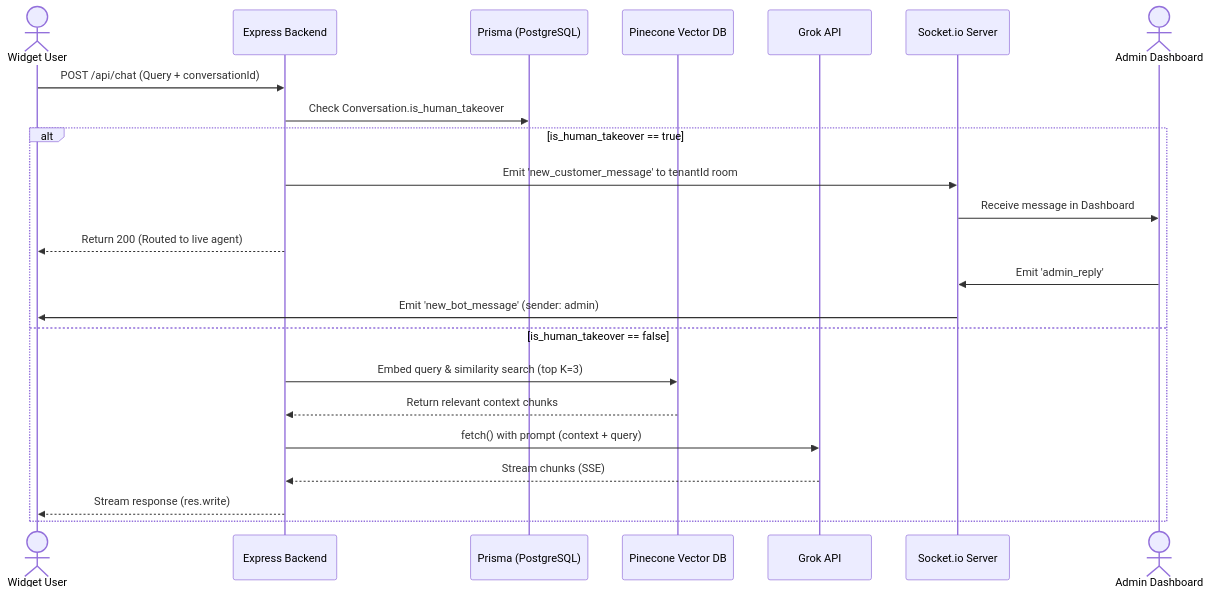
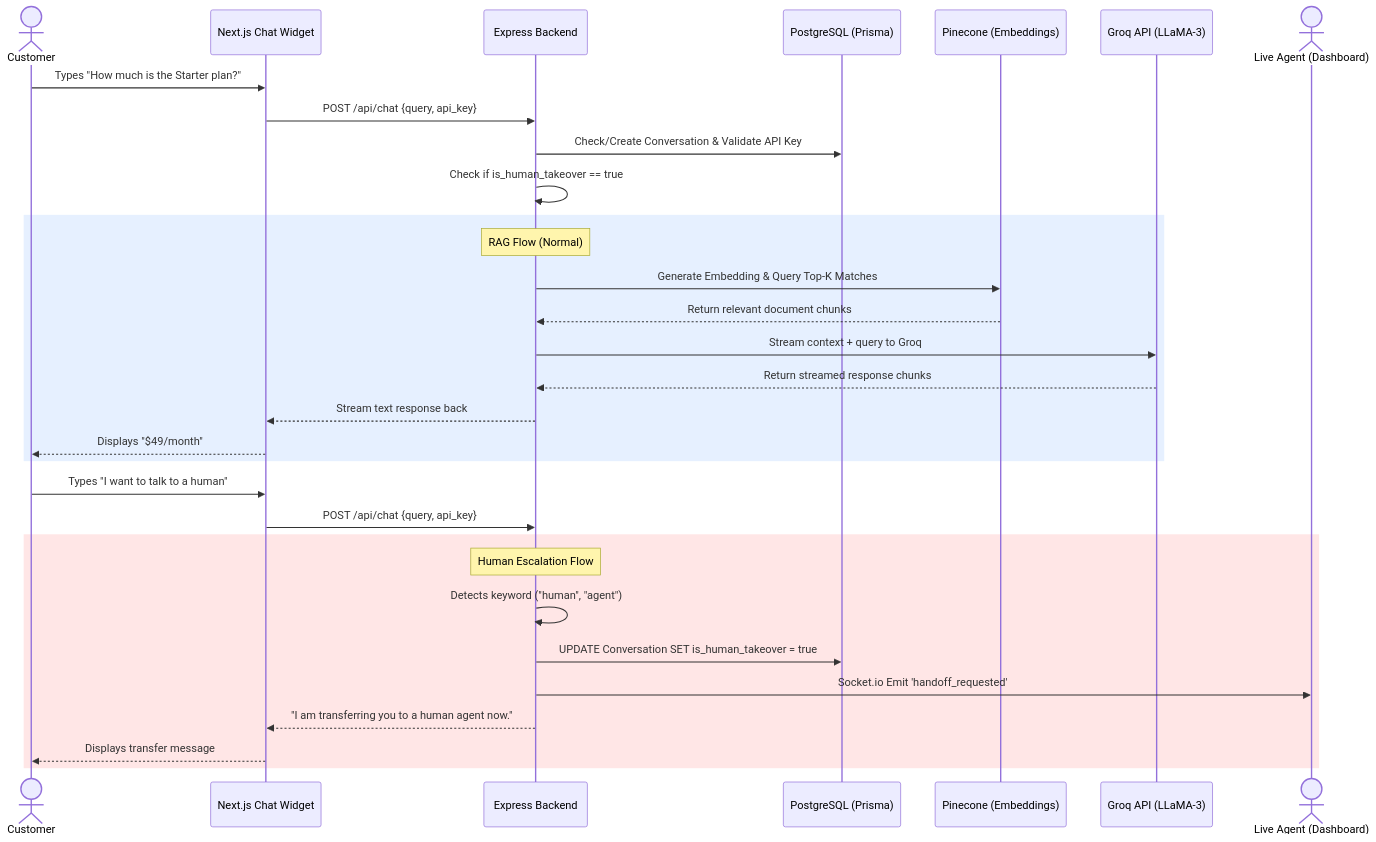
One commit to RoniMaity/AI-Customer-Support-SaaS changed the diagram in sequenceDiagram.md. Above: the diagram before and after it, drawn with Mermaid. The commit also changed other lines of this file and 3 other files, not shown here.

Commit message:
docs: update system architecture and flow diagrams

````diff
--- a/sequenceDiagram.md
+++ b/sequenceDiagram.md
@@ -1,27 +5,39 @@
 ```mermaid
 sequenceDiagram
-    actor Customer as Widget User
-    participant API as Express Backend
-    participant DB as Prisma (PostgreSQL)
-    participant Pinecone as Pinecone Vector DB
-    participant Grok as Grok API
-    participant Socket as Socket.io Server
-    actor Admin as Admin Dashboard
+    actor Customer
+    participant Widget as Next.js Chat Widget
+    participant Server as Express Backend
+    participant DB as PostgreSQL (Prisma)
+    participant Vector as Pinecone (Embeddings)
+    participant LLM as Groq API (LLaMA-3)
+    actor Admin as Live Agent (Dashboard)
 
-    Customer->>API: POST /api/chat (Query + conversationId)
-    API->>DB: Check Conversation.is_human_takeover
+    Customer->>Widget: Types "How much is the Starter plan?"
+    Widget->>Server: POST /api/chat {query, api_key}
     
-    alt is_human_takeover == true
-        API->>Socket: Emit 'new_customer_message' to tenantId room
-        Socket->>Admin: Receive message in Dashboard
-        API-->>Customer: Return 200 (Routed to live agent)
-        Admin->>Socket: Emit 'admin_reply'
-        Socket->>Customer: Emit 'new_bot_message' (sender: admin)
-    else is_human_takeover == false
-        API->>Pinecone: Embed query & similarity search (top K=3)
-        Pinecone-->>API: Return relevant context chunks
-        API->>Grok: fetch() with prompt (context + query)
-        Grok-->>API: Stream chunks (SSE)
-        API-->>Customer: Stream response (res.write)
+    Server->>DB: Check/Create Conversation & Validate API Key
+    
+    Server->>Server: Check if is_human_takeover == true
+    
+    rect rgb(230, 240, 255)
+        Note over Server: RAG Flow (Normal)
+        Server->>Vector: Generate Embedding & Query Top-K Matches
+        Vector-->>Server: Return relevant document chunks
+        Server->>LLM: Stream context + query to Groq
+        LLM-->>Server: Return streamed response chunks
+        Server-->>Widget: Stream text response back
+        Widget-->>Customer: Displays "$49/month"
+    end
+
+    Customer->>Widget: Types "I want to talk to a human"
+    Widget->>Server: POST /api/chat {query, api_key}
+    
+    rect rgb(255, 230, 230)
+        Note over Server: Human Escalation Flow
+        Server->>Server: Detects keyword ("human", "agent")
+        Server->>DB: UPDATE Conversation SET is_human_takeover = true
+        Server->>Admin: Socket.io Emit 'handoff_requested'
+        Server-->>Widget: "I am transferring you to a human agent now."
+        Widget-->>Customer: Displays transfer message
     end
 ```
````
